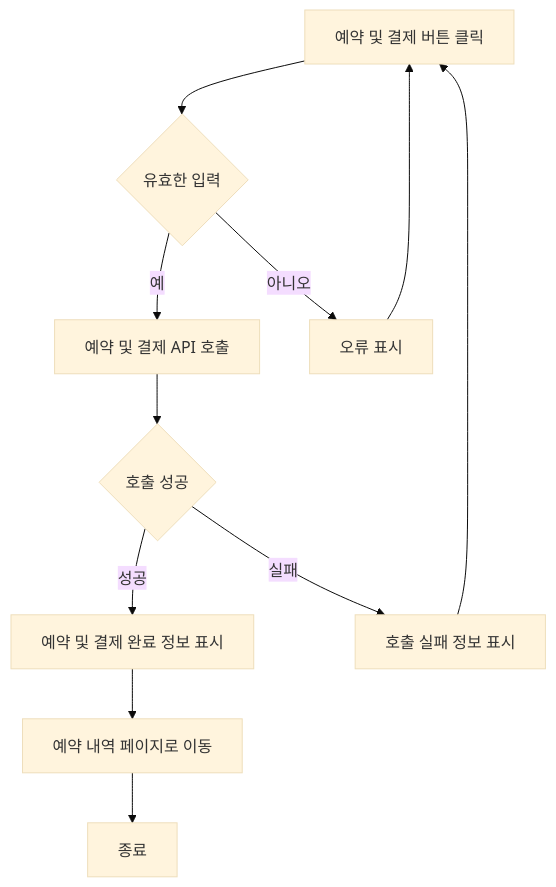
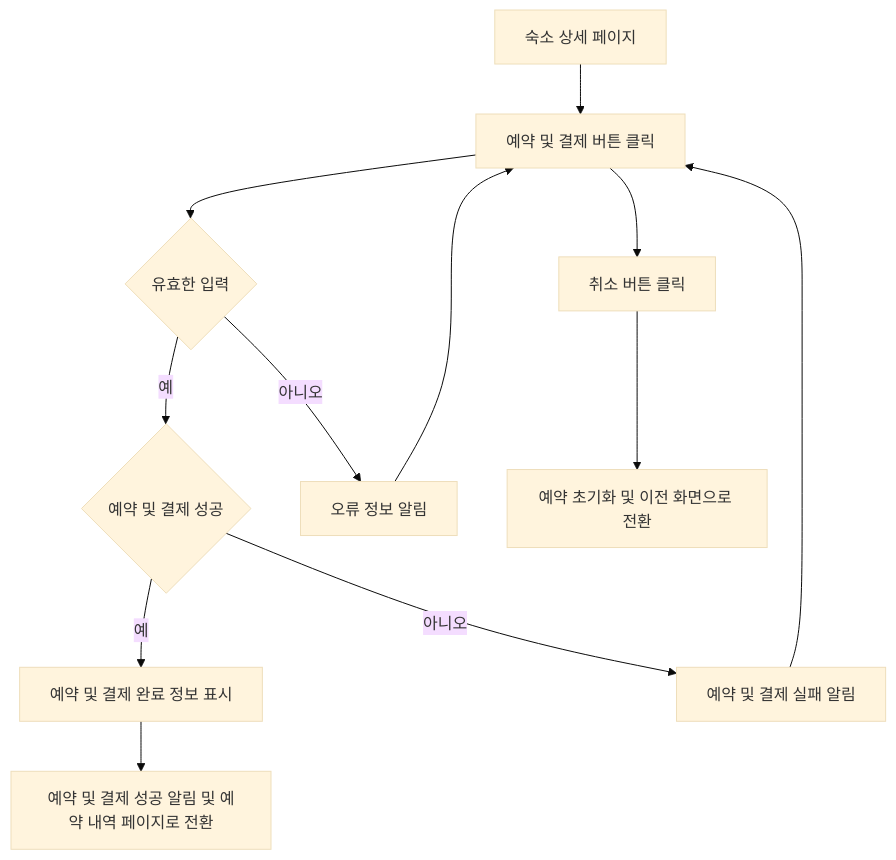
The seventh of 7 diagrams in design/기능정의서.md (red-dev-Mark/devcamp-onboarding-project-Team-2), drawn with Mermaid (base theme) before and after one commit. The commit also changed other lines of this file, not shown here.

````diff
--- a/design/기능정의서.md
+++ b/design/기능정의서.md
@@ -501,13 +348,15 @@
 ```mermaid
 flowchart TD
-    A[예약 및 결제 버튼 클릭] --> B[입력 항목 유효성 검증]
-    B{유효한 입력} -- 예 --> C[예약 및 결제 API 호출]
-    B{유효한 입력} -- 아니오 --> D[오류 표시]
-    D --> A
-    C --> E{호출 성공}
-    E -- 성공 --> F[예약 및 결제 완료 정보 표시]
-    F --> G[예약 내역 페이지로 이동]
-    E -- 실패 --> H[호출 실패 정보 표시]
-    H --> A
-    G --> Z[종료]
+    A[숙소 상세 페이지] --> B[예약 및 결제 버튼 클릭]
+    B --> C[입력 항목 유효성 검증]
+    C{유효한 입력} -- 예 --> F{예약 및 결제 성공}
+    C -- 아니오 --> E[오류 정보 알림]
+    E --> B
+    F -- 예 --> G[예약 및 결제 완료 정보 표시]
+    G --> H[예약 및 결제 성공 알림 및 예약 내역 페이지로 전환]
+    F -- 아니오 --> I[예약 및 결제 실패 알림]
+    I --> B
+
+    B --> J[취소 버튼 클릭]
+    J --> K[예약 초기화 및 이전 화면으로 전환]
 ```
````
